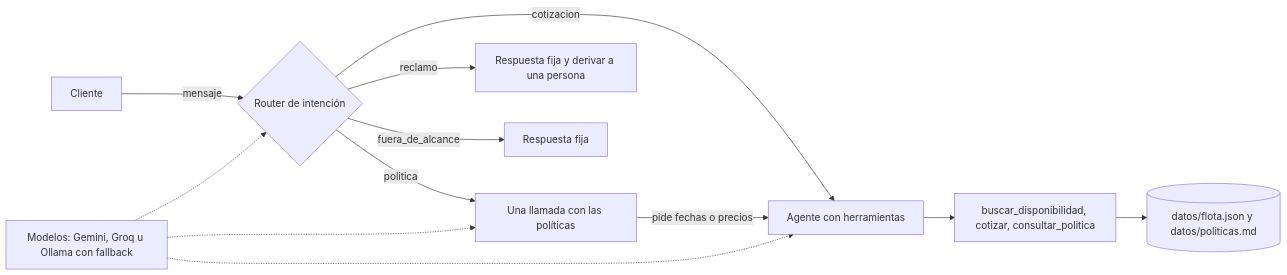
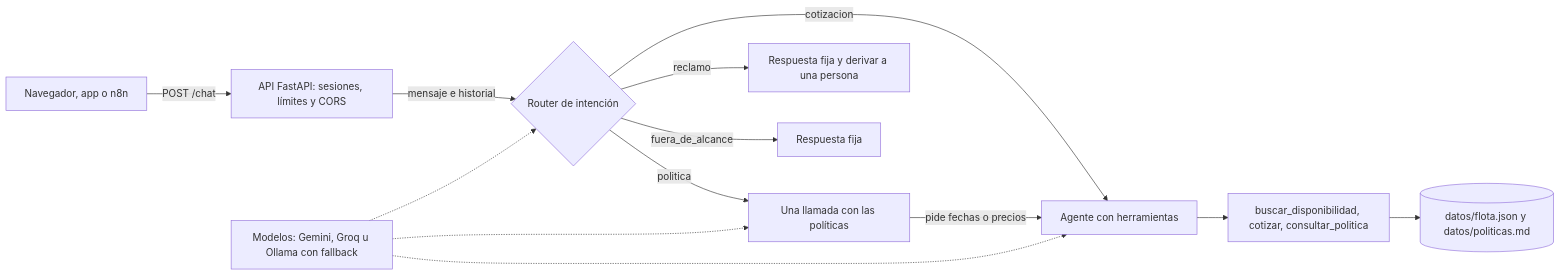
The diagram in README.md (JaimeLopezGarrido/asistente-flota-mcp), drawn with Mermaid before and after one commit. The commit also changed other lines of this file and 16 other files, not shown here.

First line of the commit message:
Sprint E1: el chatbot como API web con FastAPI (#49)

````diff
--- a/README.md
+++ b/README.md
@@ -28,14 +29,15 @@
 ```mermaid
 flowchart LR
-  C[Cliente] -->|mensaje| R{Router de intención}
+  W[Navegador, app o n8n] -->|POST /chat| API[API FastAPI: sesiones, límites y CORS]
+  API -->|mensaje e historial| R{Router de intención}
   R -->|politica| P[Una llamada con las políticas]
   R -->|cotizacion| A[Agente con herramientas]
   R -->|reclamo| H[Respuesta fija y derivar a una persona]
   R -->|fuera_de_alcance| F[Respuesta fija]
   P -->|pide fechas o precios| A
   A --> T[buscar_disponibilidad, cotizar, consultar_politica]
   T --> D[(datos/flota.json y datos/politicas.md)]
   M[Modelos: Gemini, Groq u Ollama con fallback] -.-> R
   M -.-> P
   M -.-> A
 ```
````
